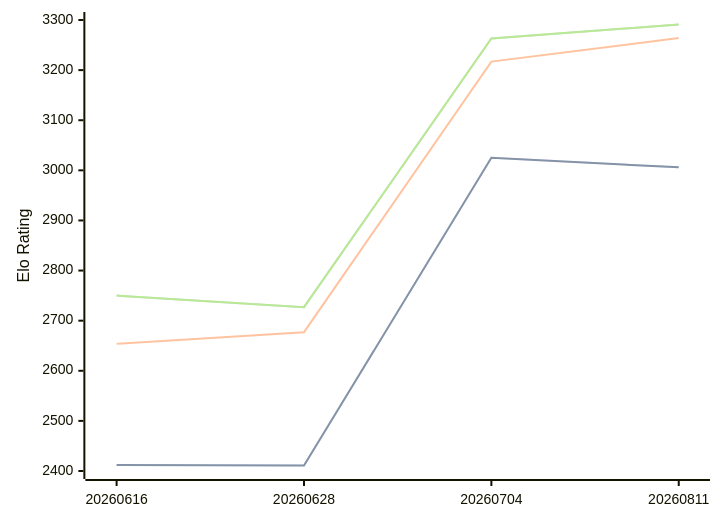
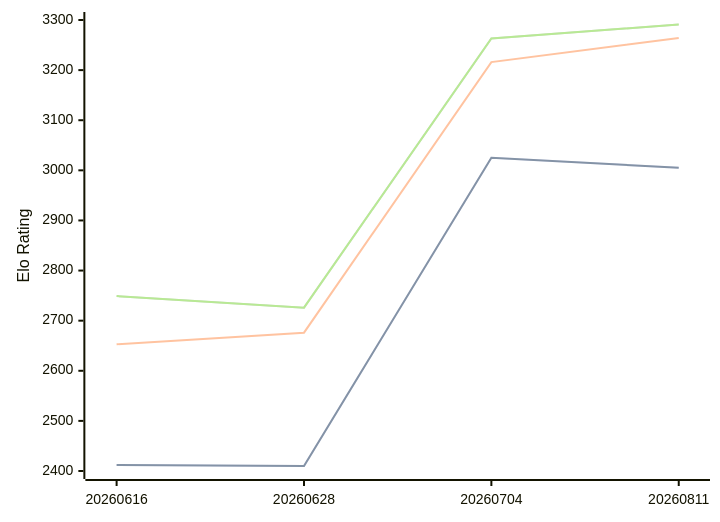
One commit to computer-chess-index/cci changed the diagram in engines/Askaig.md. Above: the diagram before and after it, drawn with Mermaid. The commit also changed other lines of this file, not shown here.

Commit message:
Update CCI Ratings (ELO VLTC) - 2026-10-01

````diff
--- a/engines/Askaig.md
+++ b/engines/Askaig.md
@@ -36,11 +36,11 @@
 ```mermaid
 %%{init: {"theme":"base","themeVariables":{"seriesColors:['#a3a3a3','#222221','#faa371']}}}%%
 xychart-beta
   x-axis ["20260616", "20260628", "20260704", "20260811"]
   y-axis "Elo Rating" 2400 --> 3300
-  line "" [2412, 2411, 3025, 3006]
-  line "STC (8.0+0.08s)" [2412, 2411, 3025, 3006]
-  line "LTC (60.0+0.60s)" [2654, 2677, 3217, 3264]
-  line "" [2750, 2727, 3263, 3291]
-  line "VLTC (2m24s+1.12s)" [2750, 2727, 3263, 3291]
+  line "" [2412, 2410, 3025, 3005]
+  line "STC (8.0+0.08s)" [2412, 2410, 3025, 3005]
+  line "LTC (60.0+0.60s)" [2653, 2676, 3216, 3264]
+  line "" [2749, 2726, 3263, 3291]
+  line "VLTC (2m24s+1.12s)" [2749, 2726, 3263, 3291]
 ```
````
